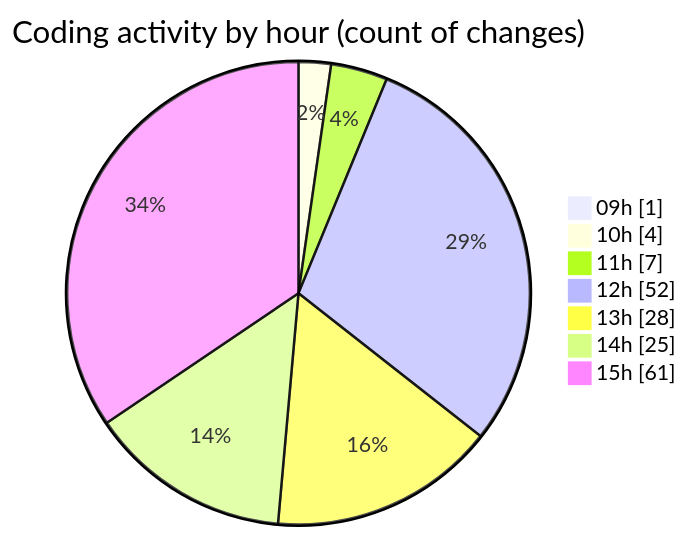
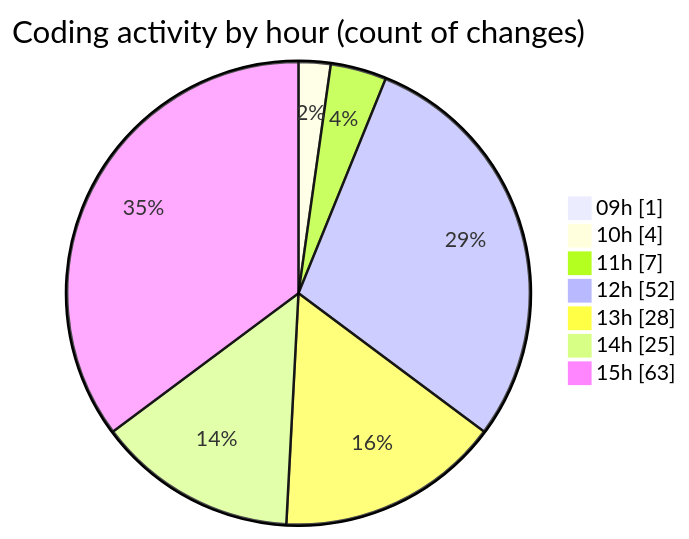
Before and after one commit to momahboobian/code-tracking: the second of 2 diagrams in 2025-04-07/cda/README.md, drawn with Mermaid. The commit also changed other lines of this file and 1 other file, not shown here.

````diff
--- a/2025-04-07/cda/README.md
+++ b/2025-04-07/cda/README.md
@@ -36,11 +36,11 @@
 ```mermaid
 pie showData
 title Coding activity by hour (count of changes)
 "09h" : 1
 "10h" : 4
 "11h" : 7
 "12h" : 52
 "13h" : 28
 "14h" : 25
-"15h" : 61
+"15h" : 63
 ```
````
